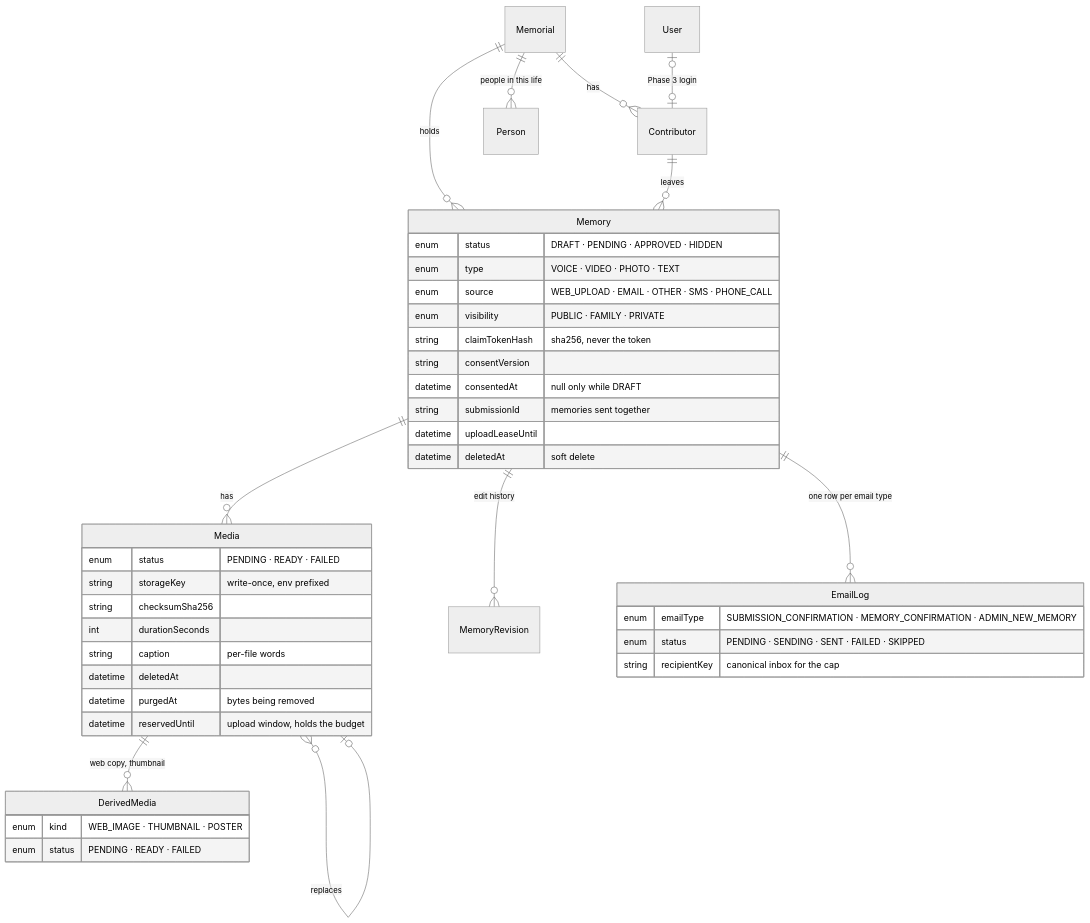
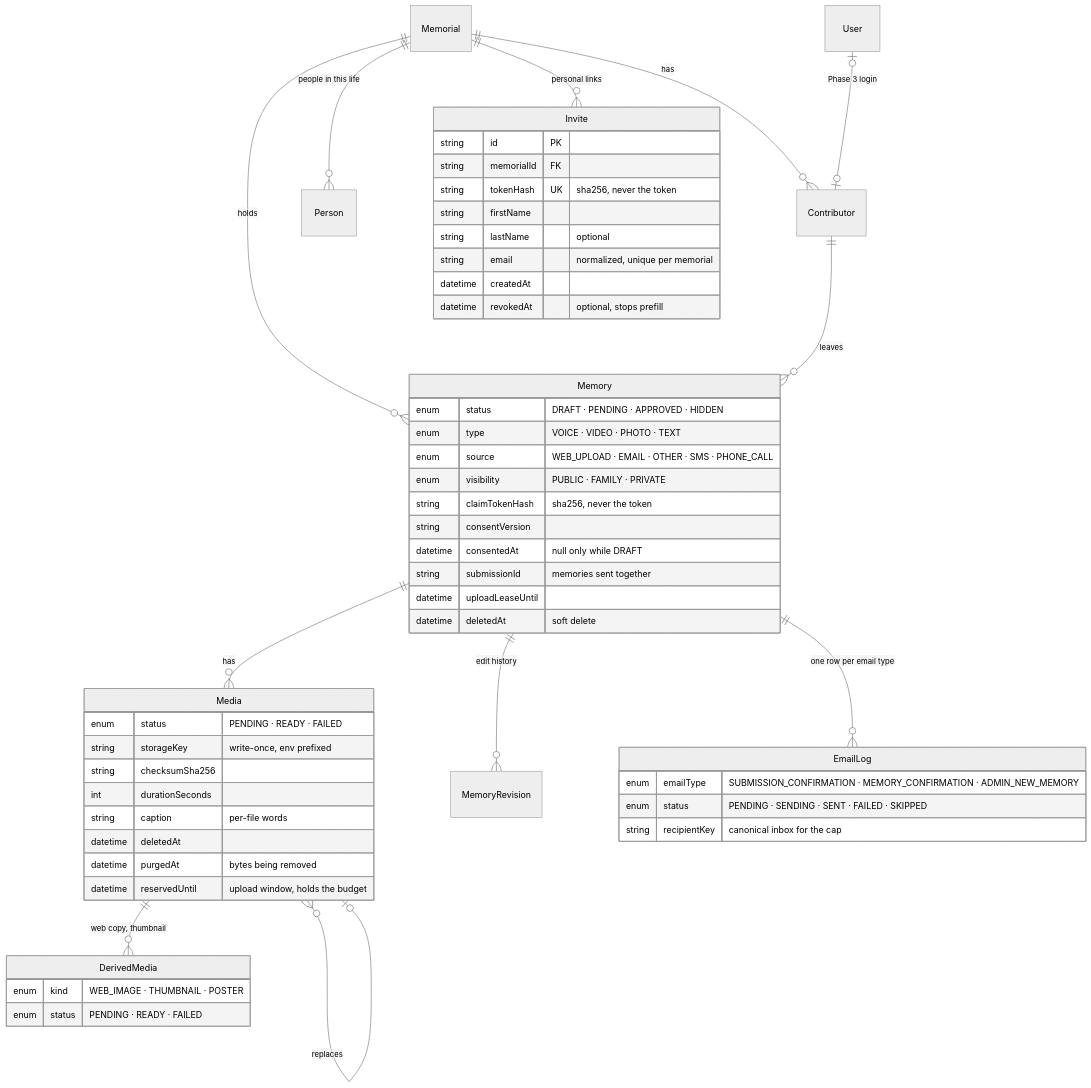
The third of 3 diagrams in README.md (RobertdWray/jowray_com), drawn with Mermaid (neutral theme) before and after one commit. The commit also changed other lines of this file and 10 other files, not shown here.

````diff
--- a/README.md
+++ b/README.md
@@ -146,45 +147,56 @@
 ```mermaid
 erDiagram
     Memorial ||--o{ Contributor : has
     Memorial ||--o{ Memory : holds
     Memorial ||--o{ Person : "people in this life"
+    Memorial ||--o{ Invite : "personal links"
     Contributor ||--o{ Memory : leaves
     Memory ||--o{ Media : has
     Memory ||--o{ MemoryRevision : "edit history"
     Memory ||--o{ EmailLog : "one row per email type"
     Media ||--o{ DerivedMedia : "web copy, thumbnail"
     Media }o--o| Media : replaces
     User |o--o| Contributor : "Phase 3 login"
 
+    Invite {
+        string id PK
+        string memorialId FK
+        string tokenHash UK "sha256, never the token"
+        string firstName
+        string lastName "optional"
+        string email "normalized, unique per memorial"
+        datetime createdAt
+        datetime revokedAt "optional, stops prefill"
+    }
     Memory {
         enum status "DRAFT · PENDING · APPROVED · HIDDEN"
         enum type "VOICE · VIDEO · PHOTO · TEXT"
         enum source "WEB_UPLOAD · EMAIL · OTHER · SMS · PHONE_CALL"
         enum visibility "PUBLIC · FAMILY · PRIVATE"
         string claimTokenHash "sha256, never the token"
         string consentVersion
         datetime consentedAt "null only while DRAFT"
         string submissionId "memories sent together"
         datetime uploadLeaseUntil
         datetime deletedAt "soft delete"
     }
     Media {
         enum status "PENDING · READY · FAILED"
         string storageKey "write-once, env prefixed"
         string checksumSha256
         int durationSeconds
         string caption "per-file words"
         datetime deletedAt
         datetime purgedAt "bytes being removed"
         datetime reservedUntil "upload window, holds the budget"
     }
     DerivedMedia {
         enum kind "WEB_IMAGE · THUMBNAIL · POSTER"
         enum status "PENDING · READY · FAILED"
     }
     EmailLog {
         enum emailType "SUBMISSION_CONFIRMATION · MEMORY_CONFIRMATION · ADMIN_NEW_MEMORY"
         enum status "PENDING · SENDING · SENT · FAILED · SKIPPED"
         string recipientKey "canonical inbox for the cap"
     }
 ```
````
